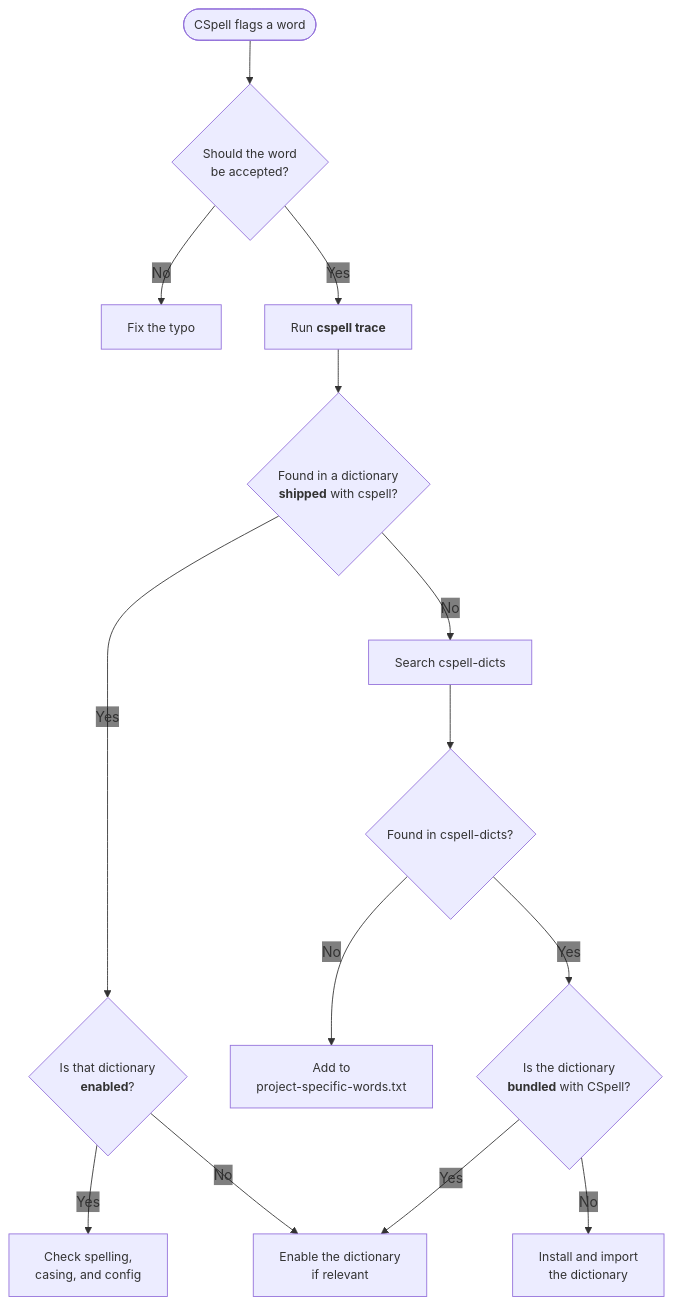
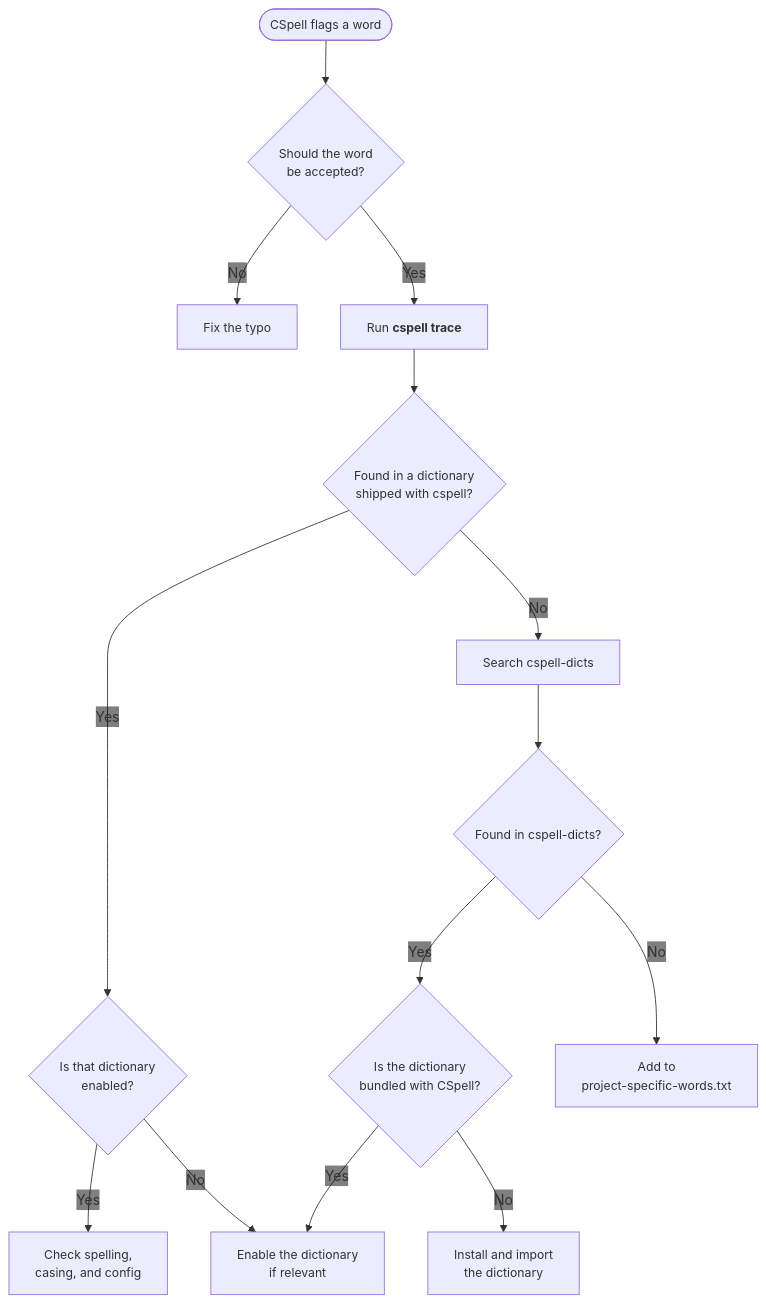
One commit to ScilifelabDataCentre/data-centre-template changed the diagram in .config/cspell/README.md. Above: the diagram before and after it, drawn with Mermaid. The commit also changed other lines of this file, not shown here.

Commit message:
link to cspell trace

````diff
--- a/.config/cspell/README.md
+++ b/.config/cspell/README.md
@@ -75,30 +75,31 @@
 ```mermaid
 ---
 config:
   themeVariables:
     edgeLabelBackground: transparent
 ---
 flowchart TD
     A([CSpell flags a word]) --> B{Should the word<br/>be accepted?}
 
     B -->|No| C[Fix the typo]
     B -->|Yes| D["`Run **cspell trace**`"]
 
-    D --> E{"`Found in a dictionary<br/>**shipped** with cspell?`"}
+    D --> E{"`Found in a dictionary<br/>shipped with cspell?`"}
 
-    E -->|Yes| F{"`Is that dictionary<br/>**enabled**?`"}
+    E -->|Yes| F{"`Is that dictionary<br/>enabled?`"}
     F -->|Yes| G[Check spelling,<br/>casing, and config]
     F -->|No| H[Enable the dictionary<br/>if relevant]
 
     E -->|No| I[Search cspell-dicts]
+    I --> J{"`Found in cspell-dicts?`"}
 
-    I --> J{"`Found in cspell-dicts?`"}
-    J -->|No| K[Add to<br/>project-specific-words.txt]
-    J -->|Yes| L{"`Is the dictionary<br/>**bundled** with CSpell?`"}
+    J -->|Yes| K{"`Is the dictionary<br/>bundled with CSpell?`"}
+    K -->|Yes| H
+    K -->|No| L[Install and import<br/>the dictionary]
 
-    L -->|Yes| H
-    L -->|No| M[Install and import<br/>the dictionary]
+    J -->|No| M[Add to<br/>project-specific-words.txt]
 
+    click D "#1-run-cspell-trace" "Jump to cspell trace instructions"
     classDef compact font-size:14px;
     class A,B,C,D,E,F,G,H,I,J,K,L,M compact;
 ```
````
